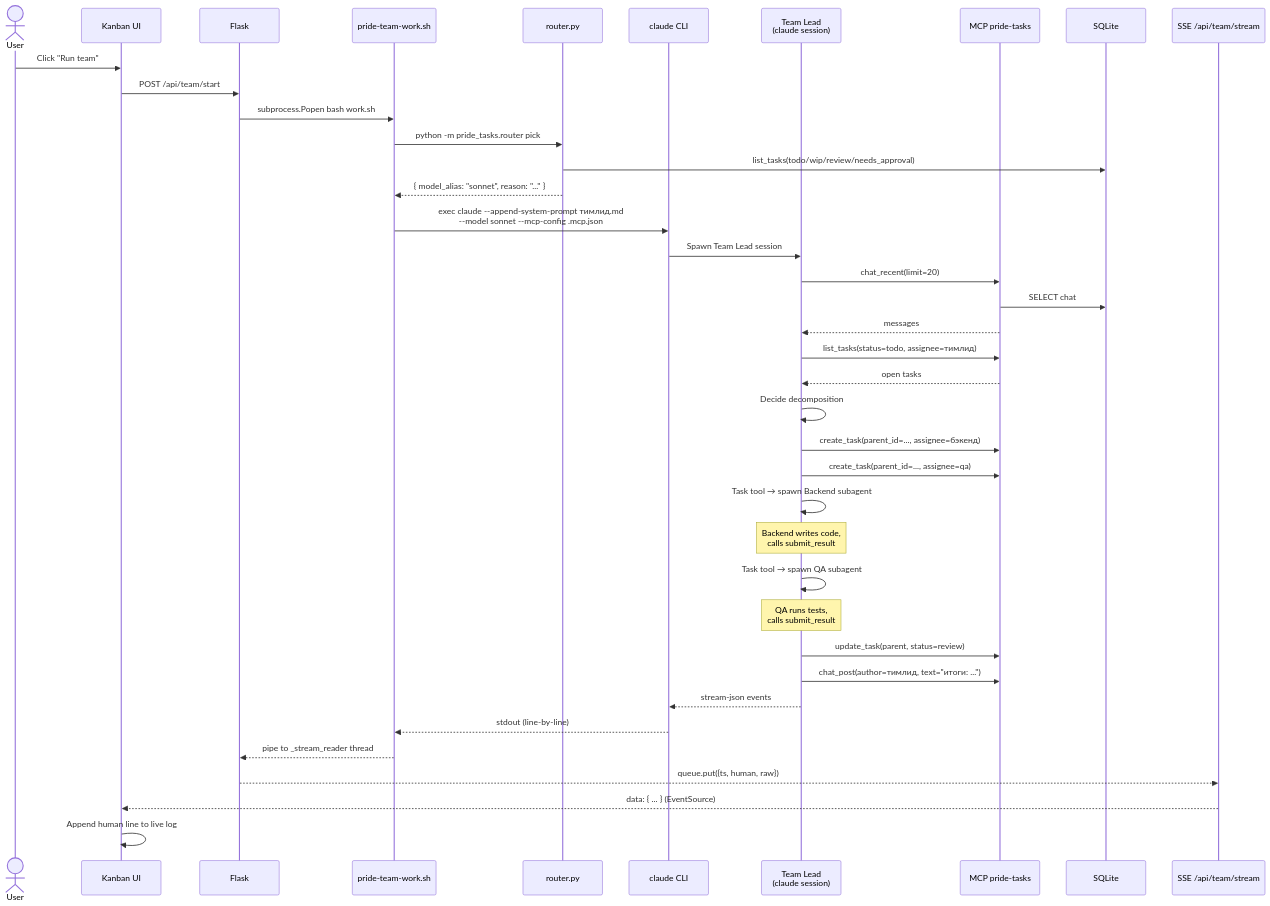
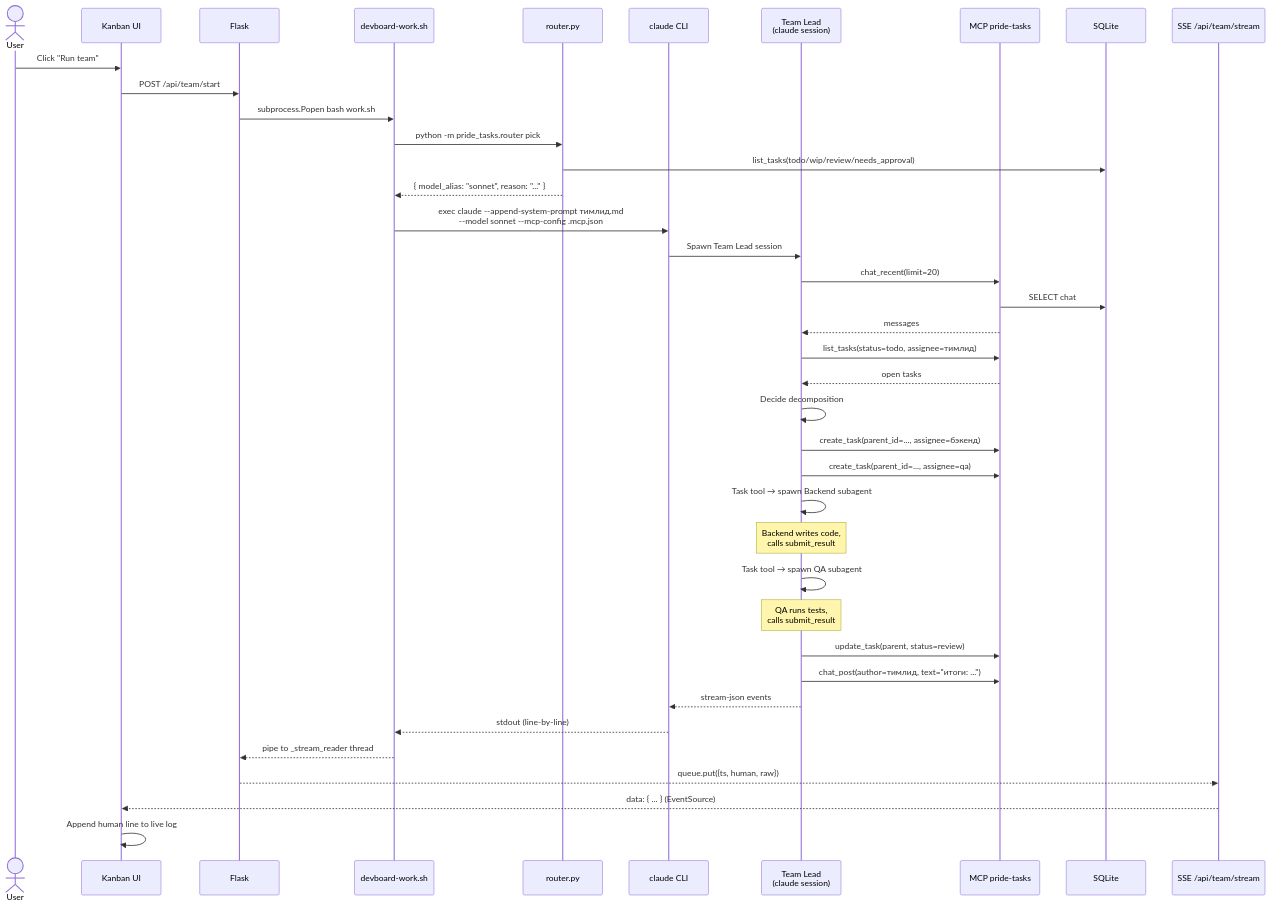
Before and after one commit to rdm9x/devboard: the third of 4 diagrams in ARCHITECTURE.md, drawn with Mermaid. The commit also changed other lines of this file and 75 other files, not shown here.

First line of the commit message:
feat(S1.1): rename product pride-team → devboard across entire repo

````diff
--- a/ARCHITECTURE.md
+++ b/ARCHITECTURE.md
@@ -271,42 +271,42 @@
 ```mermaid
 sequenceDiagram
     actor U as User
     participant UI as Kanban UI
     participant F as Flask
-    participant Sh as pride-team-work.sh
+    participant Sh as devboard-work.sh
     participant R as router.py
     participant C as claude CLI
     participant L as Team Lead<br/>(claude session)
     participant M as MCP pride-tasks
     participant DB as SQLite
     participant SE as SSE /api/team/stream
 
     U->>UI: Click "Run team"
     UI->>F: POST /api/team/start
     F->>Sh: subprocess.Popen bash work.sh
     Sh->>R: python -m pride_tasks.router pick
     R->>DB: list_tasks(todo/wip/review/needs_approval)
     R-->>Sh: { model_alias: "sonnet", reason: "..." }
     Sh->>C: exec claude --append-system-prompt тимлид.md<br/>--model sonnet --mcp-config .mcp.json
     C->>L: Spawn Team Lead session
     L->>M: chat_recent(limit=20)
     M->>DB: SELECT chat
     M-->>L: messages
     L->>M: list_tasks(status=todo, assignee=тимлид)
     M-->>L: open tasks
     L->>L: Decide decomposition
     L->>M: create_task(parent_id=..., assignee=бэкенд)
     L->>M: create_task(parent_id=..., assignee=qa)
     L->>L: Task tool → spawn Backend subagent
     Note over L: Backend writes code,<br/>calls submit_result
     L->>L: Task tool → spawn QA subagent
     Note over L: QA runs tests,<br/>calls submit_result
     L->>M: update_task(parent, status=review)
     L->>M: chat_post(author=тимлид, text="итоги: ...")
     L-->>C: stream-json events
     C-->>Sh: stdout (line-by-line)
     Sh-->>F: pipe to _stream_reader thread
     F-->>SE: queue.put({ts, human, raw})
     SE-->>UI: data: { ... } (EventSource)
     UI->>UI: Append human line to live log
 ```
````
